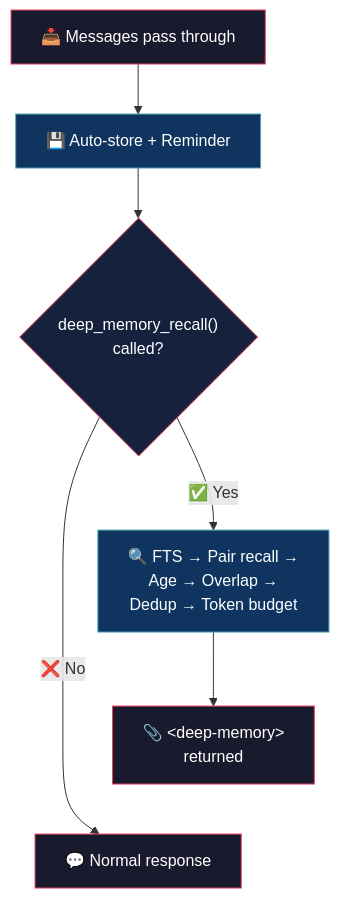
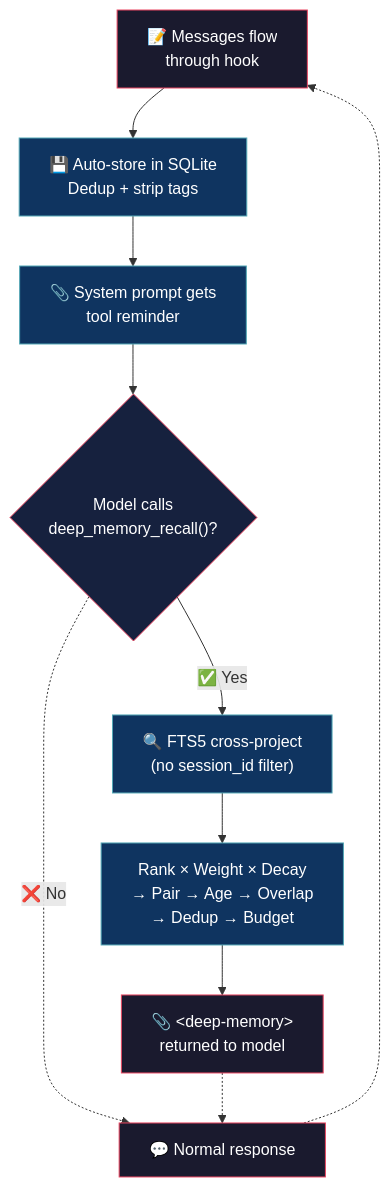
Before and after one commit to alejo54dev/opencode-deep-memory: the diagram in README.md, drawn with Mermaid.

Commit message:
README: fix flowchart to match source (dotted loop arrows, two-track layout)

````diff
--- a/README.md
+++ b/README.md
@@ -23,17 +23,23 @@
 ```mermaid
 flowchart TD
-    A["📥 Messages pass through"]
-    A --> B["💾 Auto-store + Reminder"]
-    B --> C{"deep_memory_recall()<br/>called?"}
-    C -->|"✅ Yes"| D["🔍 FTS → Pair recall →<br/>Age → Overlap →<br/>Dedup → Token budget"]
-    D --> E["📎 &lt;deep-memory&gt;<br/>returned"]
-    C -->|"❌ No"| F["💬 Normal response"]
-    E ~~~ F
+    A["📝 Messages flow<br/>through hook"]
+    A --> B["💾 Auto-store in SQLite<br/>Dedup + strip tags"]
+    B --> C["📎 System prompt gets<br/>tool reminder"]
+
+    C --> D{"Model calls<br/>deep_memory_recall()?"}
+    D -->|"✅ Yes"| E["🔍 FTS5 cross-project<br/>(no session_id filter)"]
+    E --> F["Rank × Weight × Decay<br/>→ Pair → Age → Overlap<br/>→ Dedup → Budget"]
+    F --> G["📎 &lt;deep-memory&gt;<br/>returned to model"]
+    D -.->|"❌ No"| H["💬 Normal response"]
+    G -.-> H
+    H -.-> A
 
     style A fill:#1a1a2e,stroke:#e94560,color:#fff
     style B fill:#0f3460,stroke:#53a8b6,color:#fff
-    style C fill:#16213e,stroke:#e94560,color:#fff
-    style D fill:#0f3460,stroke:#53a8b6,color:#fff
-    style E fill:#1a1a2e,stroke:#e94560,color:#fff
-    style F fill:#1a1a2e,stroke:#e94560,color:#fff
+    style C fill:#0f3460,stroke:#53a8b6,color:#fff
+    style D fill:#16213e,stroke:#e94560,color:#fff
+    style E fill:#0f3460,stroke:#53a8b6,color:#fff
+    style F fill:#0f3460,stroke:#53a8b6,color:#fff
+    style G fill:#1a1a2e,stroke:#e94560,color:#fff
+    style H fill:#1a1a2e,stroke:#e94560,color:#fff
 ```
````
